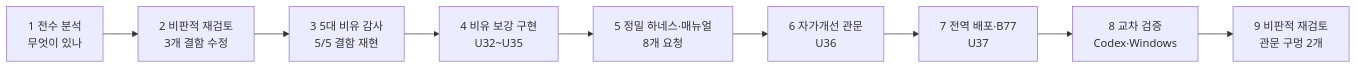
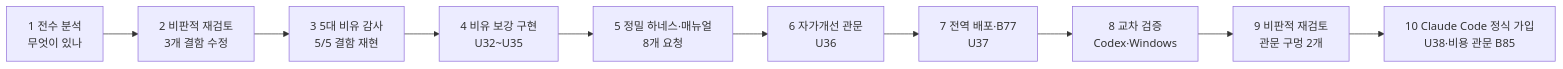
The diagram in docs/쉽게_읽는_UAOS_진단과_해결_전과정/01_한눈에_보는_전과정_요약.md (gyeomsVibe/260916_agentic-ai-env-diet), drawn with Mermaid before and after one commit. The commit also changed other lines of this file and 15 other files, not shown here.

````diff
--- a/docs/쉽게_읽는_UAOS_진단과_해결_전과정/01_한눈에_보는_전과정_요약.md
+++ b/docs/쉽게_읽는_UAOS_진단과_해결_전과정/01_한눈에_보는_전과정_요약.md
@@ -15,11 +15,12 @@
 ```mermaid
 flowchart LR
     A[1 전수 분석<br/>무엇이 있나] --> B[2 비판적 재검토<br/>3개 결함 수정]
     B --> C[3 5대 비유 감사<br/>5/5 결함 재현]
     C --> D[4 비유 보강 구현<br/>U32~U35]
     D --> E[5 정밀 하네스·매뉴얼<br/>8개 요청]
     E --> F[6 자가개선 관문<br/>U36]
     F --> G[7 전역 배포·B77<br/>U37]
     G --> H[8 교차 검증<br/>Codex·Windows]
     H --> I[9 비판적 재검토<br/>관문 구멍 2개]
+    I --> J[10 Claude Code 정식 가입<br/>U38·비용 관문 B85]
 ```
````
